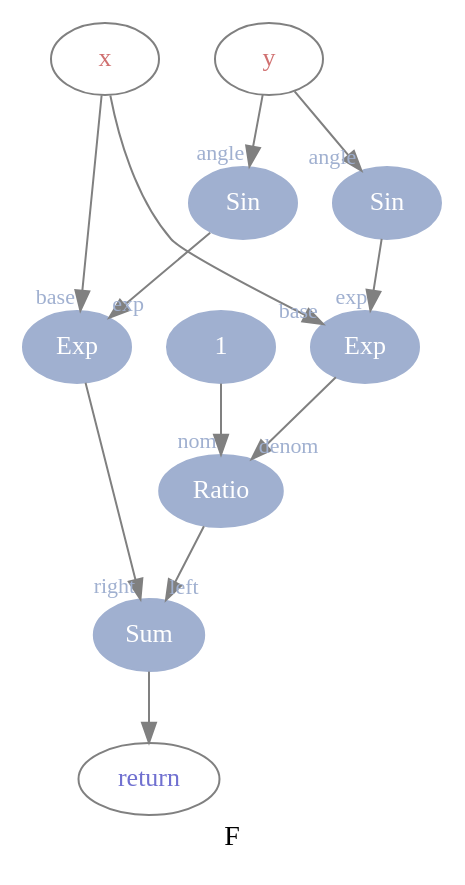
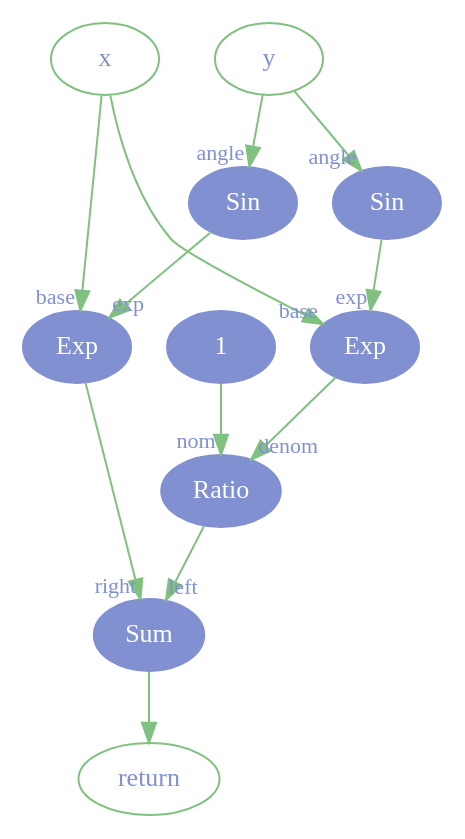
The diagram in lang/viz/f1.dot (kocircuit/kocircuit), drawn with Graphviz before and after one commit. The commit also changed 3 other files, not shown here.

Commit message:
viz: add figure 2 svg for computational model chapter

```diff
--- a/lang/viz/f1.dot
+++ b/lang/viz/f1.dot
@@ -1,34 +1,33 @@
 digraph F {
-	node [style=filled,color="#a0b0d0",fontsize=13,fontname="luxi serif",fontcolor="white"];
-	edge [labelfontname="luxi serif",labelfontsize=11,labelfontcolor="#a0b0d0",color=grey];
-	label = "F";
+	node [style=filled,color="#8090d0",fontsize=13,fontname="go",fontcolor="white"];
+	edge [labelfontname="go",labelfontsize=11,labelfontcolor="#8090d0",color="#80c080"];
 	//
-	x [shape=ellipse,style="",fontcolor="#d07070",color=grey];
-	y [shape=ellipse,style="",fontcolor="#d07070",color=grey];
-	return [shape=ellipse,style="",fontcolor="#7070d0",color=grey];
+	x [shape=ellipse,style="",fontcolor="#8090d0",color="#80c080"];
+	y [shape=ellipse,style="",fontcolor="#8090d0",color="#80c080"];
+	return [shape=ellipse,style="",fontcolor="#8090d0",color="#80c080"];
 	//
 	{ rank = same; x; y; }
 	{ rank = source; x; y; }
 	{ rank = sink; return; }
 	//
 	sin_1 -> exp_1 [headlabel="exp"];
 	sin_2 -> exp_2 [headlabel="exp"];
 	exp_1 -> ratio [headlabel="denom"];
 	lit_1 -> ratio [headlabel="nom"];
 	ratio -> sum [headlabel="left"];
 	exp_2 -> sum [headlabel="right"];
 	//
 	exp_1 [label="Exp"];
 	exp_2 [label="Exp"];
 	sin_1 [label="Sin"];
 	sin_2 [label="Sin"];
 	lit_1 [label="1"];
 	ratio [label="Ratio"];
 	sum [label="Sum"];
 	//
 	x -> exp_1 [headlabel="base"];
 	x -> exp_2 [headlabel="base"];
 	y -> sin_1 [headlabel="angle"];
 	y -> sin_2 [headlabel="angle"];
 	sum -> return;
 }
```
